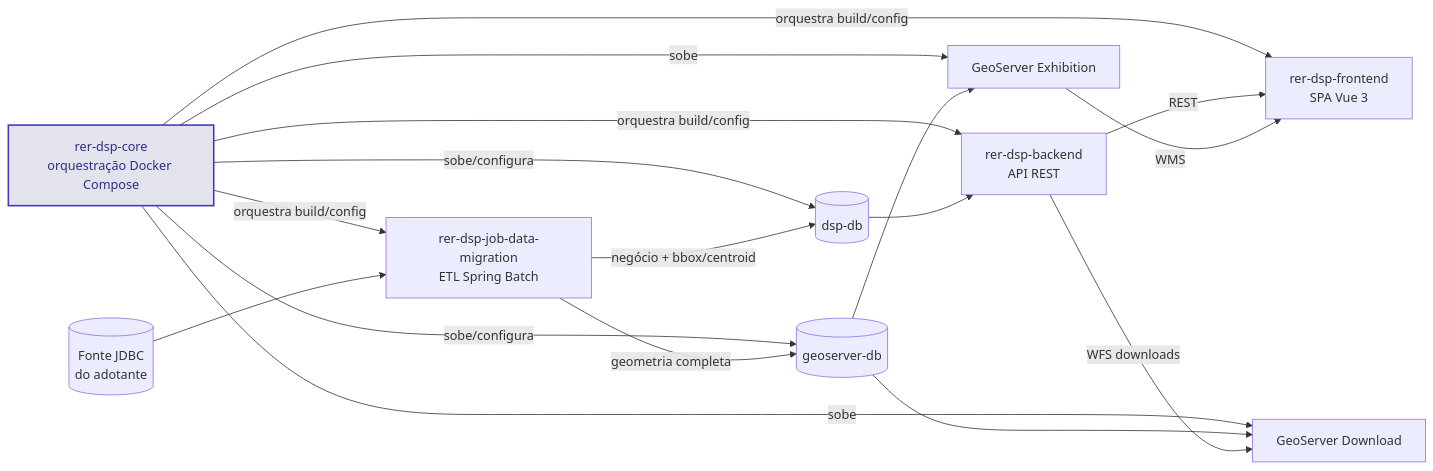
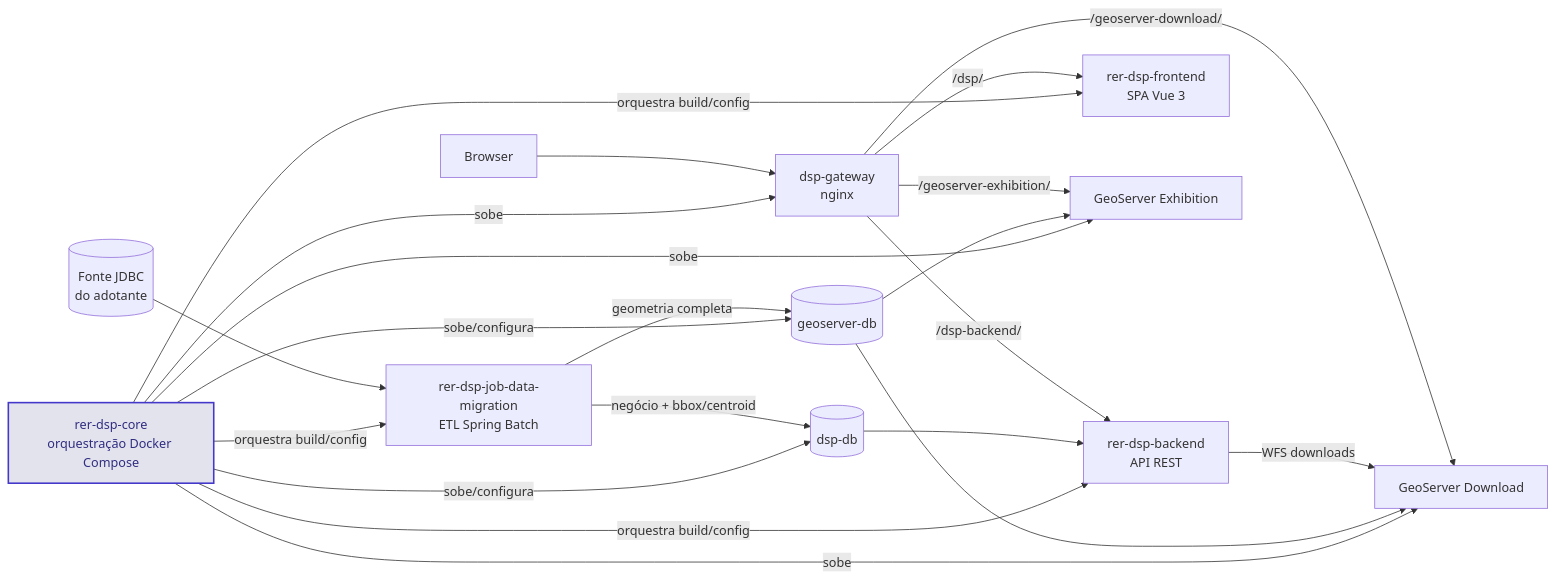
The first of 4 diagrams in docs/architecture/overview.md (kleber-albino/rer-dsp-docs), drawn with Mermaid before and after one commit. The commit also changed other lines of this file and 6 other files, not shown here.

````diff
--- a/docs/architecture/overview.md
+++ b/docs/architecture/overview.md
@@ -33,33 +33,40 @@
 ```mermaid
 flowchart LR
   core["rer-dsp-core<br/>orquestração Docker Compose"]
   job["rer-dsp-job-data-migration<br/>ETL Spring Batch"]
   be["rer-dsp-backend<br/>API REST"]
   fe["rer-dsp-frontend<br/>SPA Vue 3"]
   src[(Fonte JDBC<br/>do adotante)]
   dspdb[(dsp-db)]
   exdb[(geoserver-db)]
   gsEx[GeoServer Exhibition]
   gsDl[GeoServer Download]
+  gw["dsp-gateway<br/>nginx"]
+  browser[Browser]
 
   core -->|"sobe/configura"| dspdb
   core -->|"sobe/configura"| exdb
   core -->|"sobe"| gsEx
   core -->|"sobe"| gsDl
+  core -->|"sobe"| gw
   core -->|"orquestra build/config"| job
   core -->|"orquestra build/config"| be
   core -->|"orquestra build/config"| fe
 
   src --> job
   job -->|"negócio + bbox/centroid"| dspdb
   job -->|"geometria completa"| exdb
   exdb --> gsEx
   exdb --> gsDl
   dspdb --> be
-  be -->|REST| fe
   be -->|WFS downloads| gsDl
-  gsEx -->|WMS| fe
+
+  browser --> gw
+  gw -->|/dsp/| fe
+  gw -->|/dsp-backend/| be
+  gw -->|/geoserver-exhibition/| gsEx
+  gw -->|/geoserver-download/| gsDl
 
   classDef coreCls fill:#312e8122,color:#312e81,stroke:#4338ca,stroke-width:2px
   class core coreCls
 ```
````
